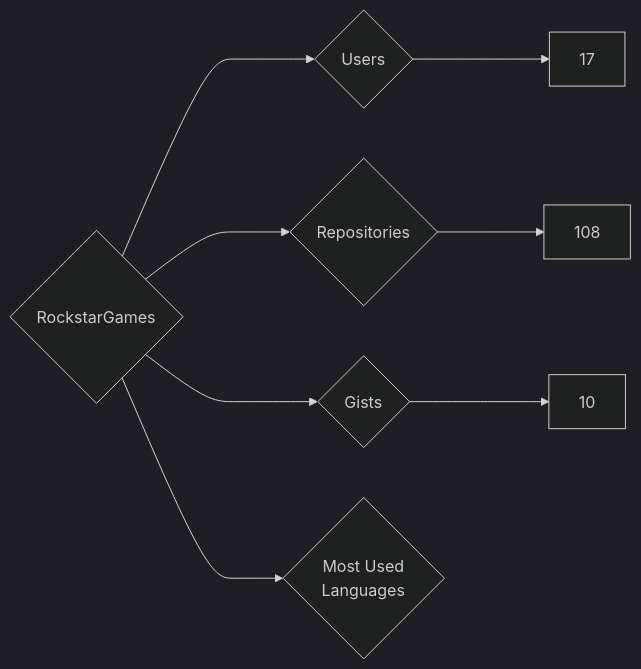
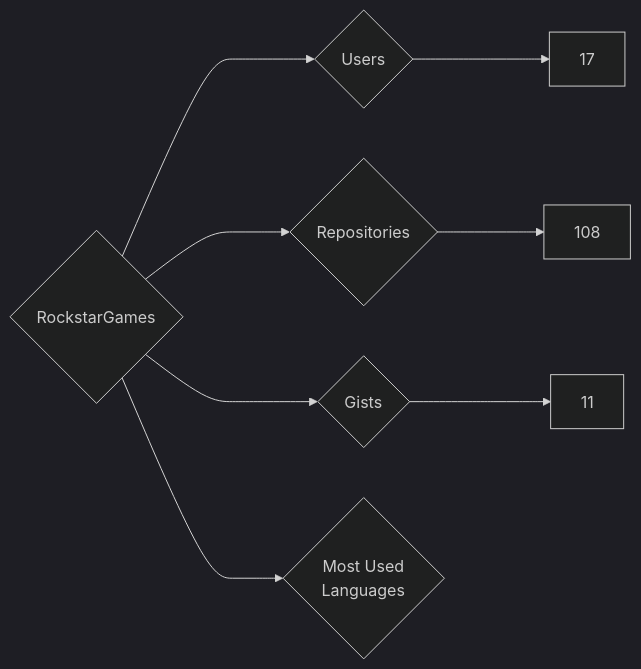
One commit to nenadzaric/insiders changed the diagram in targets/RockstarGames/README.md. Above: the diagram before and after it, drawn with Mermaid (dark theme). The commit also changed 1342 other files, not shown here.

````diff
--- a/targets/RockstarGames/README.md
+++ b/targets/RockstarGames/README.md
@@ -3,8 +3,8 @@
 ```mermaid
 graph LR
 COMPANY_NAME{RockstarGames}
 COMPANY_NAME ---> U{Users} ---> UN[17]
 COMPANY_NAME ---> R{Repositories} ---> RN[108]
-COMPANY_NAME ---> G{Gists} ---> GN[10]
+COMPANY_NAME ---> G{Gists} ---> GN[11]
 COMPANY_NAME ---> ML{Most Used<br>Languages}
 ```
````
